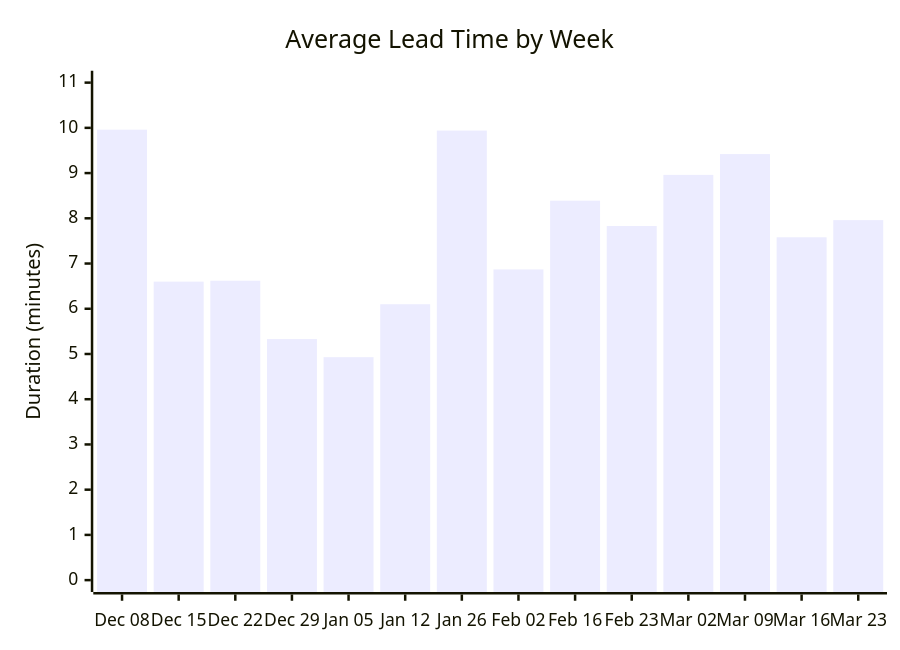
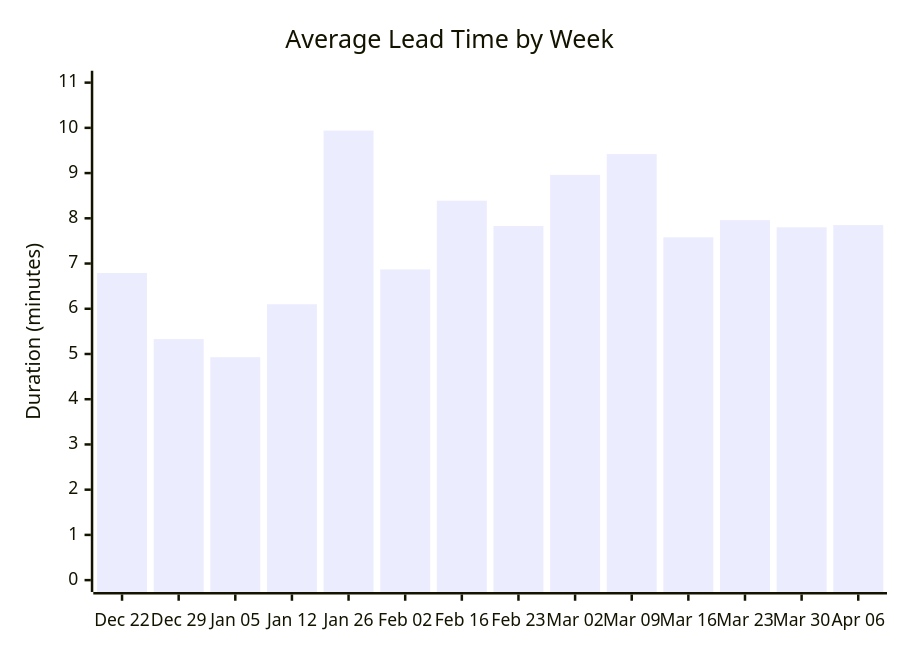
One commit to ukma-cs-ssdm-2025/rate-ukma changed the second of 4 diagrams in docs/ci-cd/dora-summary.md. Above: the diagram before and after it, drawn with Mermaid. The commit also changed other lines of this file, not shown here.

````diff
--- a/docs/ci-cd/dora-summary.md
+++ b/docs/ci-cd/dora-summary.md
@@ -30,7 +30,7 @@
 ```mermaid
 xychart-beta
     title "Average Lead Time by Week"
-    x-axis ["Dec 08", "Dec 15", "Dec 22", "Dec 29", "Jan 05", "Jan 12", "Jan 26", "Feb 02", "Feb 16", "Feb 23", "Mar 02", "Mar 09", "Mar 16", "Mar 23"]
+    x-axis ["Dec 22", "Dec 29", "Jan 05", "Jan 12", "Jan 26", "Feb 02", "Feb 16", "Feb 23", "Mar 02", "Mar 09", "Mar 16", "Mar 23", "Mar 30", "Apr 06"]
     y-axis "Duration (minutes)" 0 --> 11
-    bar [9.96, 6.60, 6.62, 5.33, 4.93, 6.10, 9.94, 6.87, 8.39, 7.83, 8.96, 9.42, 7.58, 7.96]
+    bar [6.79, 5.33, 4.93, 6.10, 9.94, 6.87, 8.39, 7.83, 8.96, 9.42, 7.58, 7.96, 7.80, 7.85]
 ```
````
